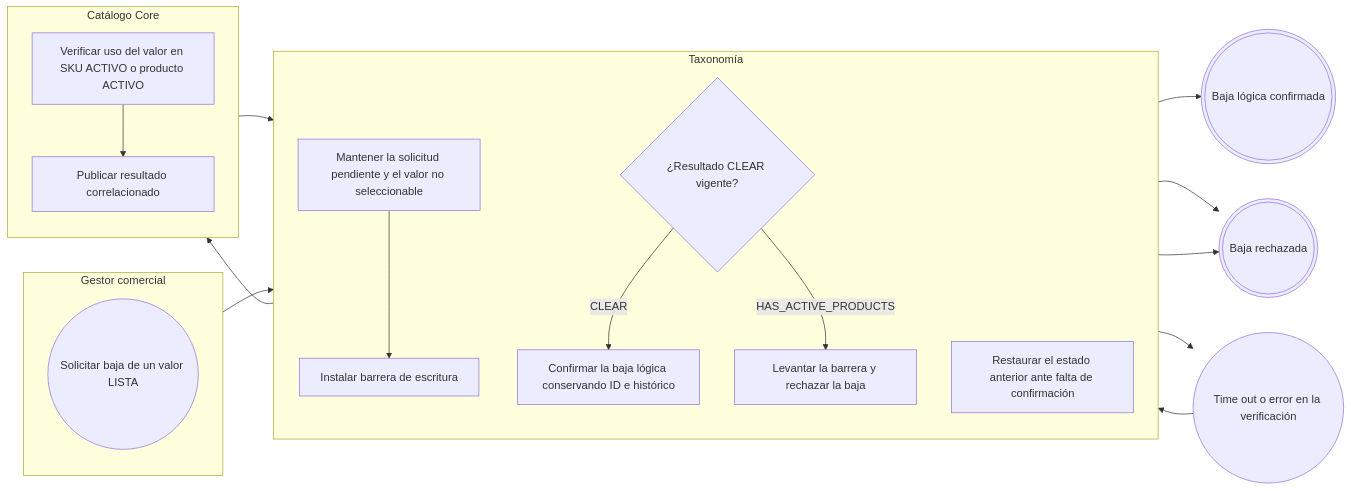
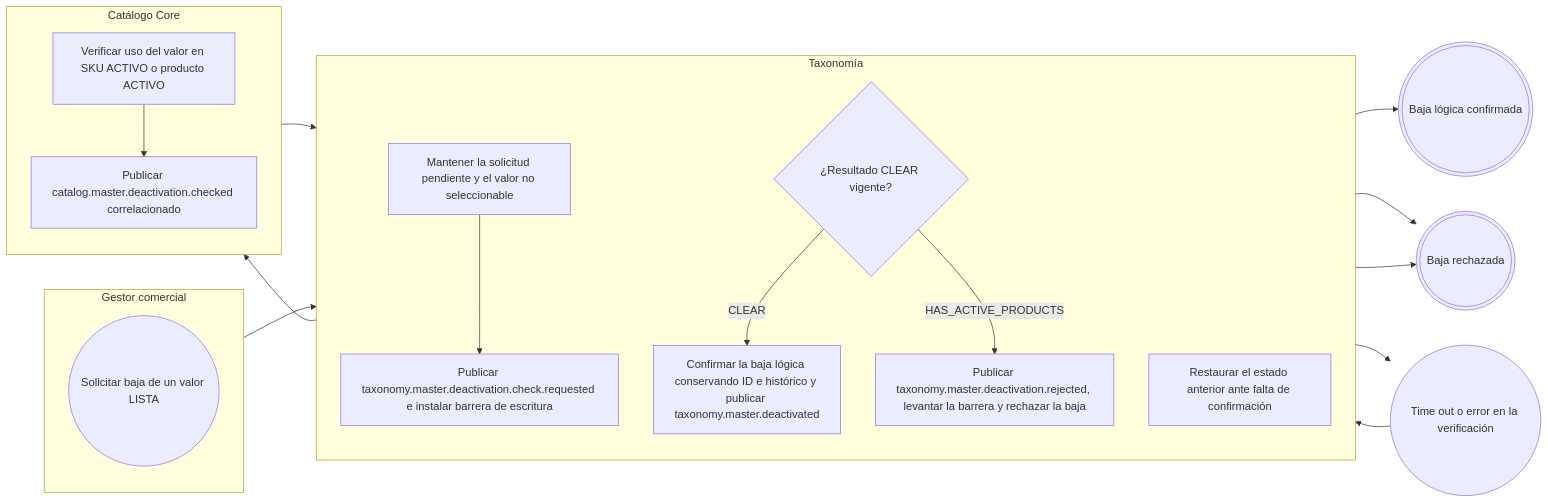
The third of 4 diagrams in flujos/FLOW-009-gestion-caracteristicas.md (Taller-SW-Web/G6-Productos-Ofertas-docs), drawn with Mermaid before and after one commit. The commit also changed other lines of this file and 18 other files, not shown here.

````diff
--- a/flujos/FLOW-009-gestion-caracteristicas.md
+++ b/flujos/FLOW-009-gestion-caracteristicas.md
@@ -117,40 +118,40 @@
 ```mermaid
 flowchart LR
 
     subgraph GESTOR["Gestor comercial"]
         direction TB
         INICIO((Solicitar baja de un valor LISTA))
     end
 
     subgraph TAXONOMIA["Taxonomía"]
         direction TB
         T1["Mantener la solicitud pendiente y el valor no seleccionable"]
-        T2["Instalar barrera de escritura"]
-        D2{"¿Resultado CLEAR vigente?"}
-        T3["Confirmar la baja lógica conservando ID e histórico"]
-        T4["Levantar la barrera y rechazar la baja"]
+        T2["Publicar taxonomy.master.deactivation.check.requested e instalar barrera de escritura"]
+        DS1{"¿Resultado CLEAR vigente?"}
+        T3["Confirmar la baja lógica conservando ID e histórico y publicar taxonomy.master.deactivated"]
+        T4["Publicar taxonomy.master.deactivation.rejected, levantar la barrera y rechazar la baja"]
         T5["Restaurar el estado anterior ante falta de confirmación"]
     end
 
     subgraph CATALOGO["Catálogo Core"]
         direction TB
         C1["Verificar uso del valor en SKU ACTIVO o producto ACTIVO"]
-        C2["Publicar resultado correlacionado"]
+        C2["Publicar catalog.master.deactivation.checked correlacionado"]
     end
 
     FIN_CONFIRMADA(((Baja lógica confirmada)))
     FIN_RECHAZADA(((Baja rechazada)))
 
     INICIO --> T1
     T1 --> T2
     T2 --> C1
     C1 --> C2
-    C2 --> D2
-    D2 -->|"CLEAR"| T3
+    C2 --> DS1
+    DS1 -->|"CLEAR"| T3
     T3 --> FIN_CONFIRMADA
-    D2 -->|"HAS_ACTIVE_PRODUCTS"| T4
+    DS1 -->|"HAS_ACTIVE_PRODUCTS"| T4
     T4 --> FIN_RECHAZADA
     T2 --> E1(("Time out o error en la verificación"))
     E1 --> T5
     T5 --> FIN_RECHAZADA
 ```
````
